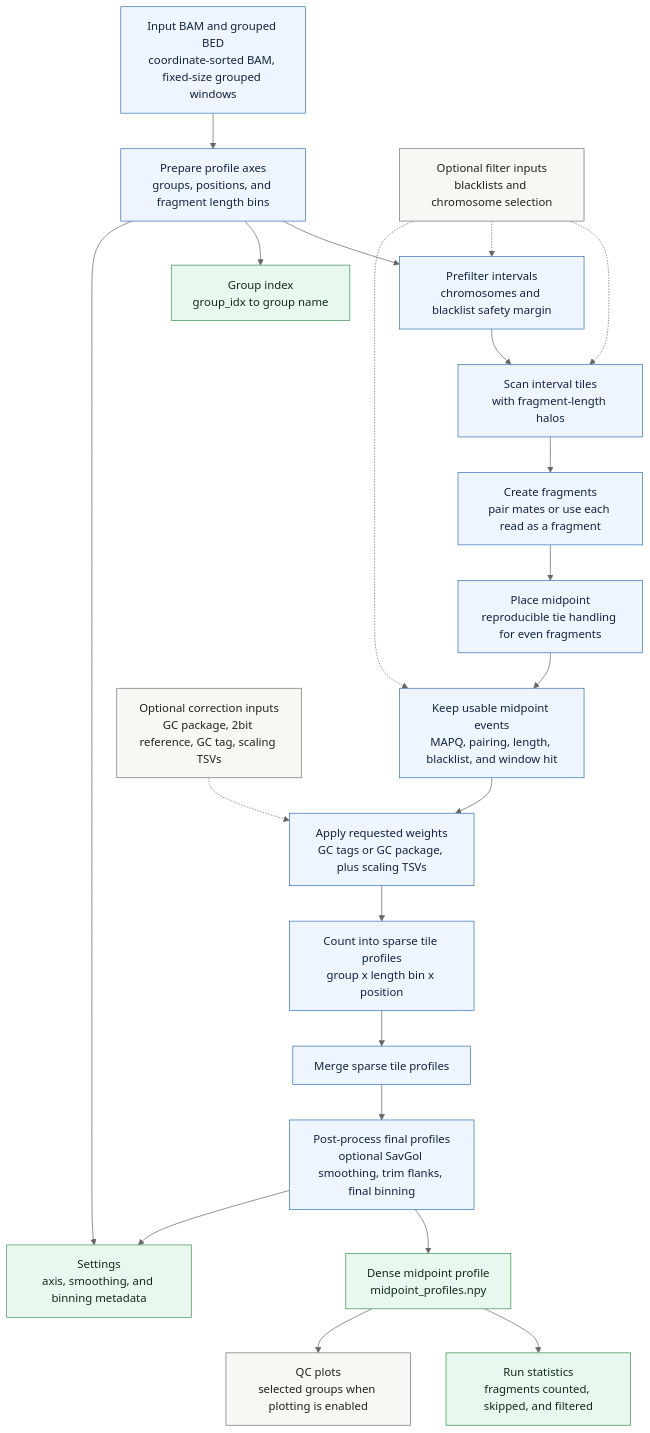
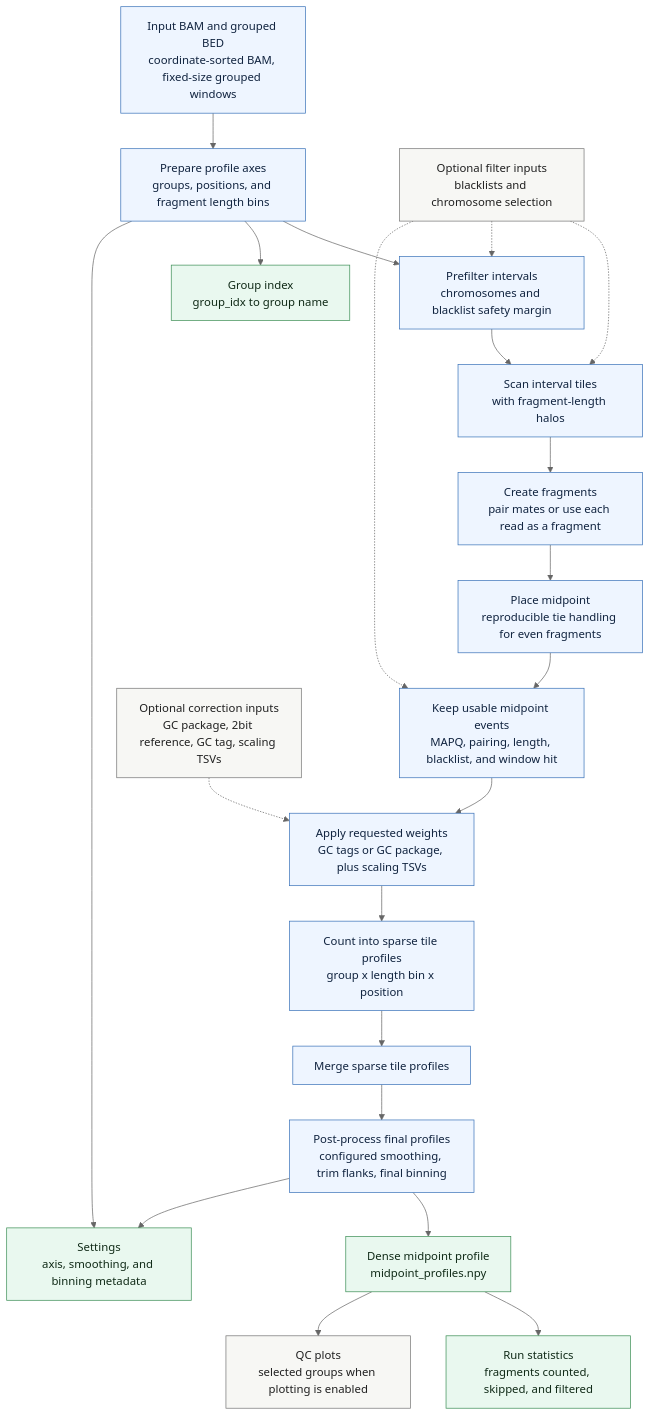
Before and after one commit to BesenbacherLab/cfDNAlab: the diagram in .AI/docs/command_pipelines/midpoints.md, drawn with Mermaid (neutral theme). The commit also changed other lines of this file and 17 other files, not shown here.

````diff
--- a/.AI/docs/command_pipelines/midpoints.md
+++ b/.AI/docs/command_pipelines/midpoints.md
@@ -7,41 +7,41 @@
 ```mermaid
 flowchart TD
     inputs["Input BAM and grouped BED<br/>coordinate-sorted BAM, fixed-size grouped windows"]
     setup["Prepare profile axes<br/>groups, positions, and fragment length bins"]
     interval_filter["Prefilter intervals<br/>chromosomes and blacklist safety margin"]
     tiles["Scan interval tiles<br/>with fragment-length halos"]
     fragments["Create fragments<br/>pair mates or use each read as a fragment"]
     midpoint["Place midpoint<br/>reproducible tie handling for even fragments"]
     filters["Keep usable midpoint events<br/>MAPQ, pairing, length, blacklist, and window hit"]
     weights["Apply requested weights<br/>GC tags or GC package, plus scaling TSVs"]
     count["Count into sparse tile profiles<br/>group x length bin x position"]
     merge["Merge sparse tile profiles"]
-    postprocess["Post-process final profiles<br/>optional SavGol smoothing, trim flanks, final binning"]
+    postprocess["Post-process final profiles<br/>configured smoothing, trim flanks, final binning"]
     profile["Dense midpoint profile<br/>midpoint_profiles.npy"]
     group_index["Group index<br/>group_idx to group name"]
     settings["Settings<br/>axis, smoothing, and binning metadata"]
     plots["QC plots<br/>selected groups when plotting is enabled"]
     stats["Run statistics<br/>fragments counted, skipped, and filtered"]
 
     correction_inputs["Optional correction inputs<br/>GC package, 2bit reference, GC tag, scaling TSVs"]
     filter_inputs["Optional filter inputs<br/>blacklists and chromosome selection"]
 
     inputs --> setup --> interval_filter --> tiles --> fragments --> midpoint --> filters --> weights --> count --> merge --> postprocess --> profile --> stats
     setup --> group_index
     setup --> settings
     postprocess --> settings
     profile --> plots
 
     correction_inputs -.-> weights
     filter_inputs -.-> tiles
     filter_inputs -.-> interval_filter
     filter_inputs -.-> filters
 
     classDef core fill:#eef5ff,stroke:#3b73b9,color:#10233f;
     classDef optional fill:#f7f7f4,stroke:#777,color:#202020;
     classDef outputClass fill:#e9f8ef,stroke:#3e8f57,color:#102a17;
 
     class inputs,setup,interval_filter,tiles,fragments,midpoint,filters,weights,count,merge,postprocess core;
     class correction_inputs,filter_inputs,plots optional;
     class profile,group_index,settings,stats outputClass;
 ```
````
